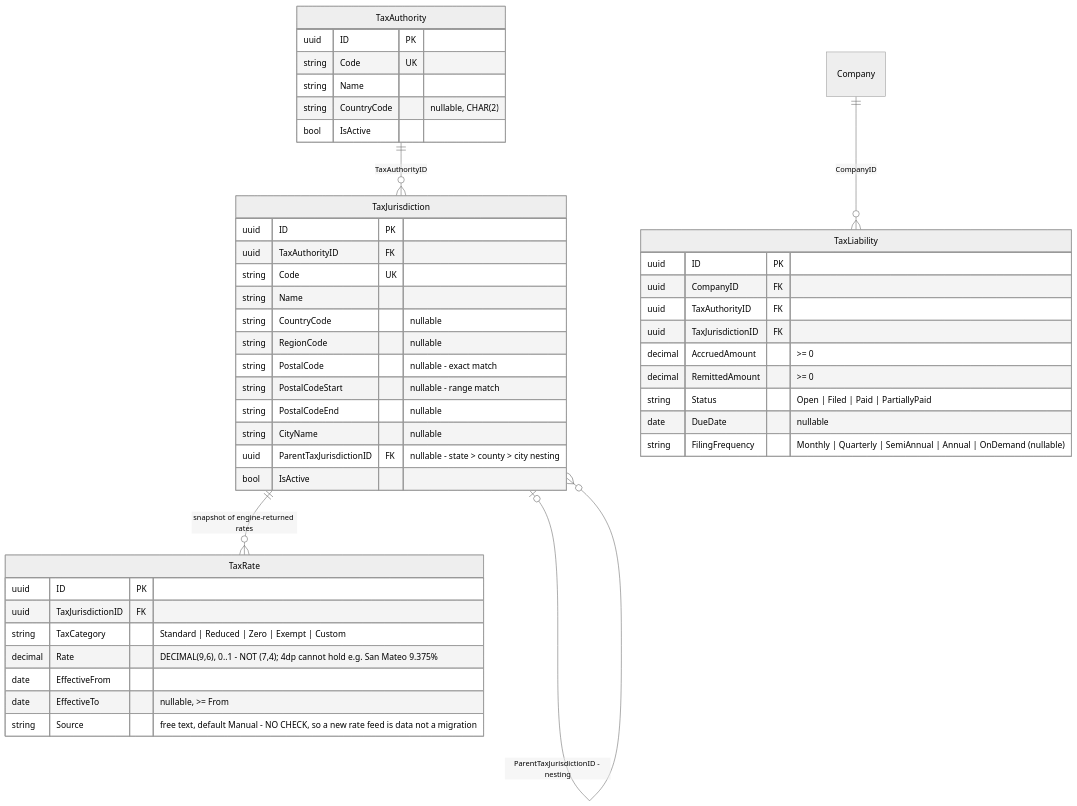
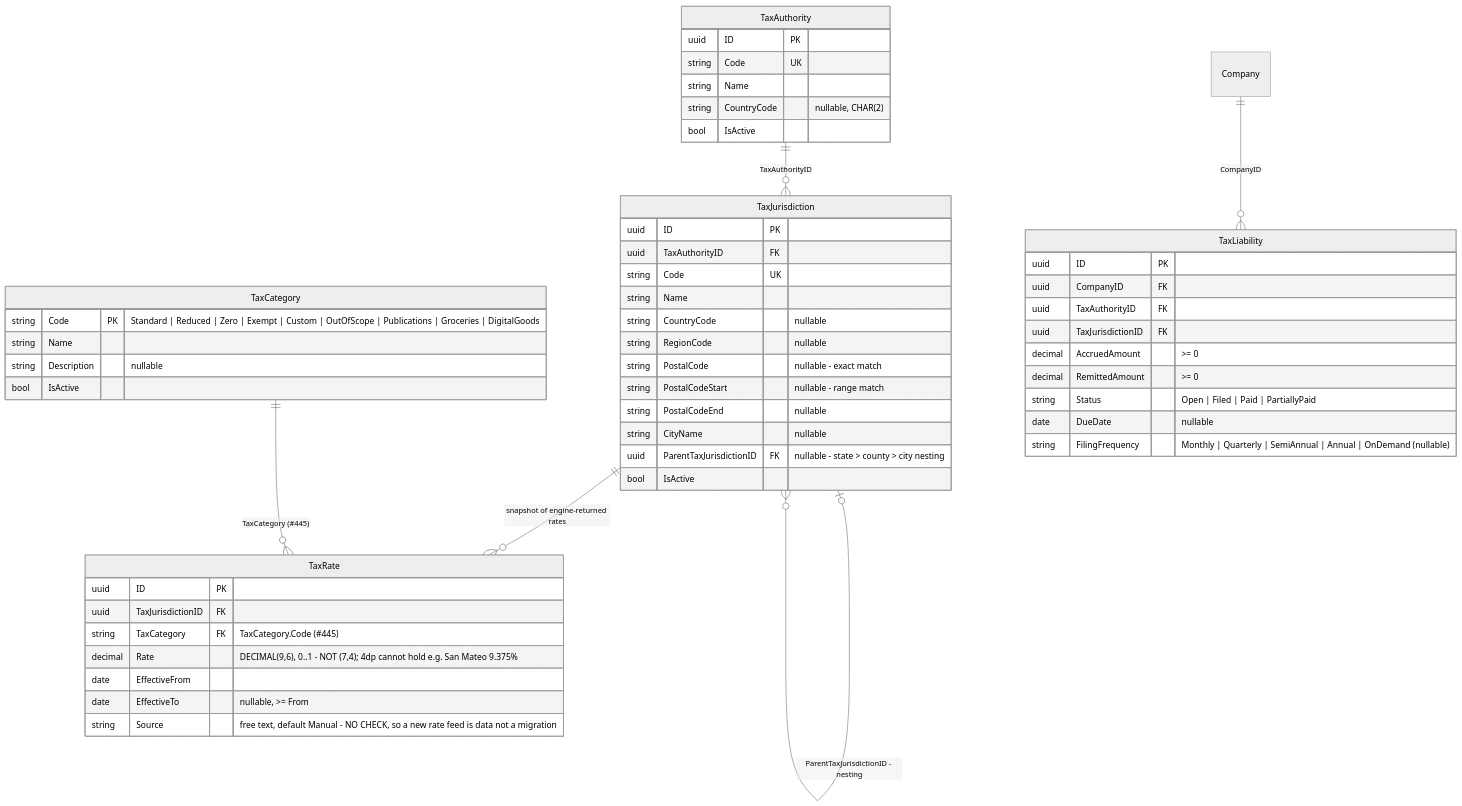
The tenth of 14 diagrams in docs/bizapps-accounting-erd.md (MemberJunction/bizapps-accounting), drawn with Mermaid (neutral theme) before and after one commit. The commit also changed other lines of this file and 102 other files, not shown here.

Commit message:
feat(accounting): post-go-live hardening, ERP sync/posting safety, batch & lookup schema

````diff
--- a/docs/bizapps-accounting-erd.md
+++ b/docs/bizapps-accounting-erd.md
@@ -935,49 +971,56 @@
 ```mermaid
 erDiagram
     TaxAuthority ||--o{ TaxJurisdiction : "TaxAuthorityID"
     TaxJurisdiction |o--o{ TaxJurisdiction : "ParentTaxJurisdictionID - nesting"
     TaxJurisdiction ||--o{ TaxRate : "snapshot of engine-returned rates"
+    TaxCategory ||--o{ TaxRate : "TaxCategory (#445)"
     Company ||--o{ TaxLiability : "CompanyID"
 
     TaxAuthority {
         uuid ID PK
         string Code UK
         string Name
         string CountryCode "nullable, CHAR(2)"
         bool IsActive
     }
     TaxJurisdiction {
         uuid ID PK
         uuid TaxAuthorityID FK
         string Code UK
         string Name
         string CountryCode "nullable"
         string RegionCode "nullable"
         string PostalCode "nullable - exact match"
         string PostalCodeStart "nullable - range match"
         string PostalCodeEnd "nullable"
         string CityName "nullable"
         uuid ParentTaxJurisdictionID FK "nullable - state > county > city nesting"
         bool IsActive
     }
+    TaxCategory {
+        string Code PK "Standard | Reduced | Zero | Exempt | Custom | OutOfScope | Publications | Groceries | DigitalGoods"
+        string Name
+        string Description "nullable"
+        bool IsActive
+    }
     TaxRate {
         uuid ID PK
         uuid TaxJurisdictionID FK
-        string TaxCategory "Standard | Reduced | Zero | Exempt | Custom"
+        string TaxCategory FK "TaxCategory.Code (#445)"
         decimal Rate "DECIMAL(9,6), 0..1 - NOT (7,4); 4dp cannot hold e.g. San Mateo 9.375%"
         date EffectiveFrom
         date EffectiveTo "nullable, >= From"
         string Source "free text, default Manual - NO CHECK, so a new rate feed is data not a migration"
     }
     TaxLiability {
         uuid ID PK
         uuid CompanyID FK
         uuid TaxAuthorityID FK
         uuid TaxJurisdictionID FK
         decimal AccruedAmount ">= 0"
         decimal RemittedAmount ">= 0"
         string Status "Open | Filed | Paid | PartiallyPaid"
         date DueDate "nullable"
         string FilingFrequency "Monthly | Quarterly | SemiAnnual | Annual | OnDemand (nullable)"
     }
 ```
````
